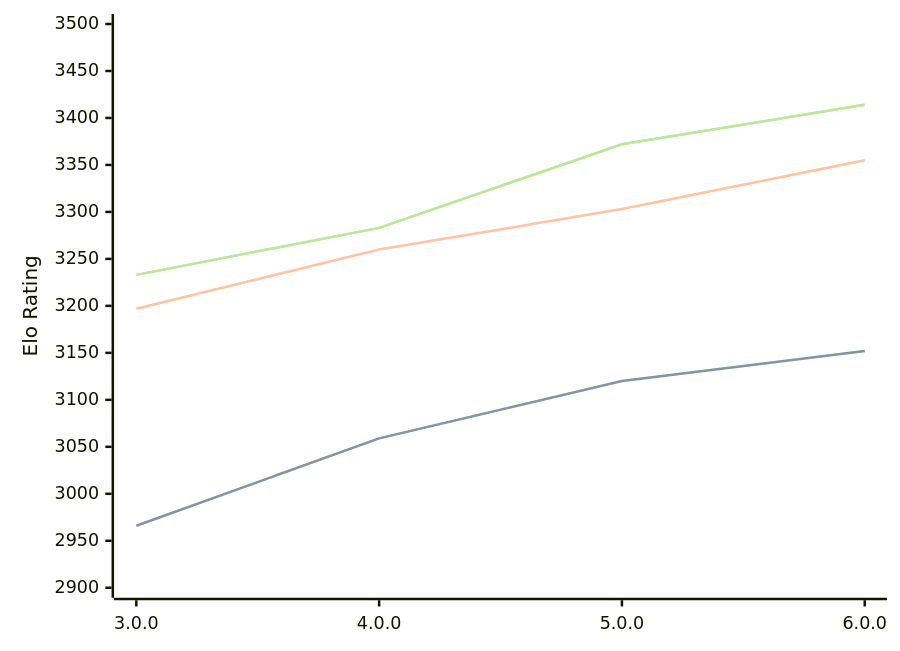
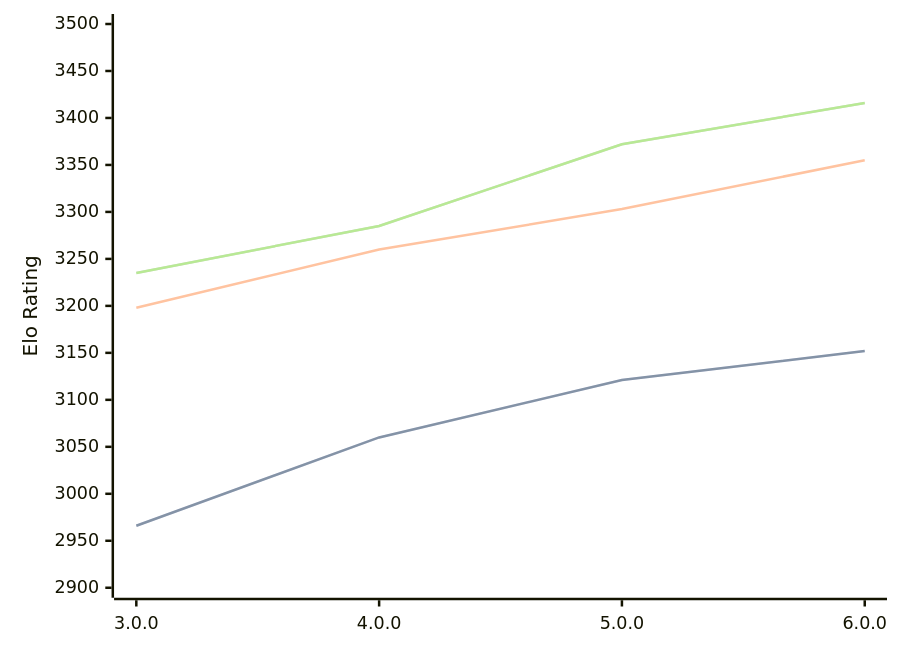
The diagram in engines/Minke.md (computer-chess-index/cci), drawn with Mermaid before and after one commit. The commit also changed other lines of this file, not shown here.

Commit message:
Update CCI Ratings (ELO VLTC) - 2026-05-22

````diff
--- a/engines/Minke.md
+++ b/engines/Minke.md
@@ -36,11 +36,11 @@
 ```mermaid
 %%{init: {"theme":"base","themeVariables":{"seriesColors:['#a3a3a3','#222221','#faa371']}}}%%
 xychart-beta
   x-axis ["3.0.0", "4.0.0", "5.0.0", "6.0.0"]
   y-axis "Elo Rating" 2900 --> 3500
-  line "STC (8.0+0.08s)" [2966, 3059, 3120, 3152]
-  line "STC (8.0+0.08s)" [2966, 3059, 3120, 3152]
-  line "LTC (60.0+0.60s)" [3197, 3260, 3303, 3355]
-  line "VLTC (2m24s+1.12s)" [3233, 3283, 3372, 3414]
-  line "VLTC (2m24s+1.12s)" [3233, 3283, 3372, 3414]
+  line "STC (8.0+0.08s)" [2966, 3060, 3121, 3152]
+  line "STC (8.0+0.08s)" [2966, 3060, 3121, 3152]
+  line "LTC (60.0+0.60s)" [3198, 3260, 3303, 3355]
+  line "VLTC (2m24s+1.12s)" [3235, 3285, 3372, 3416]
+  line "VLTC (2m24s+1.12s)" [3235, 3285, 3372, 3416]
 ```
````
